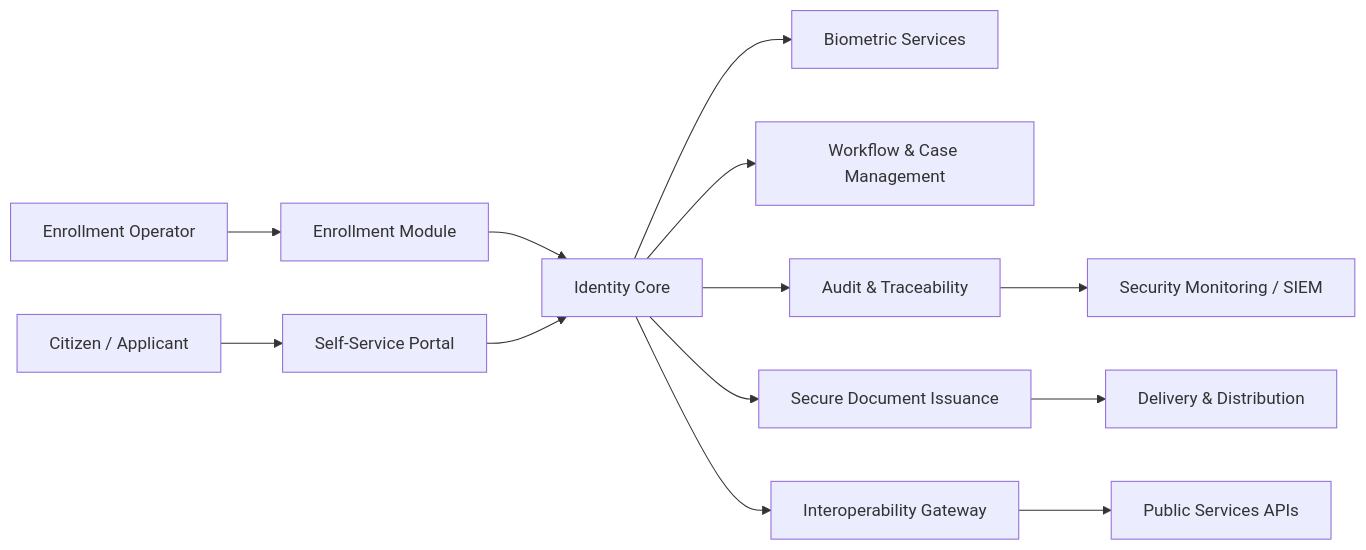
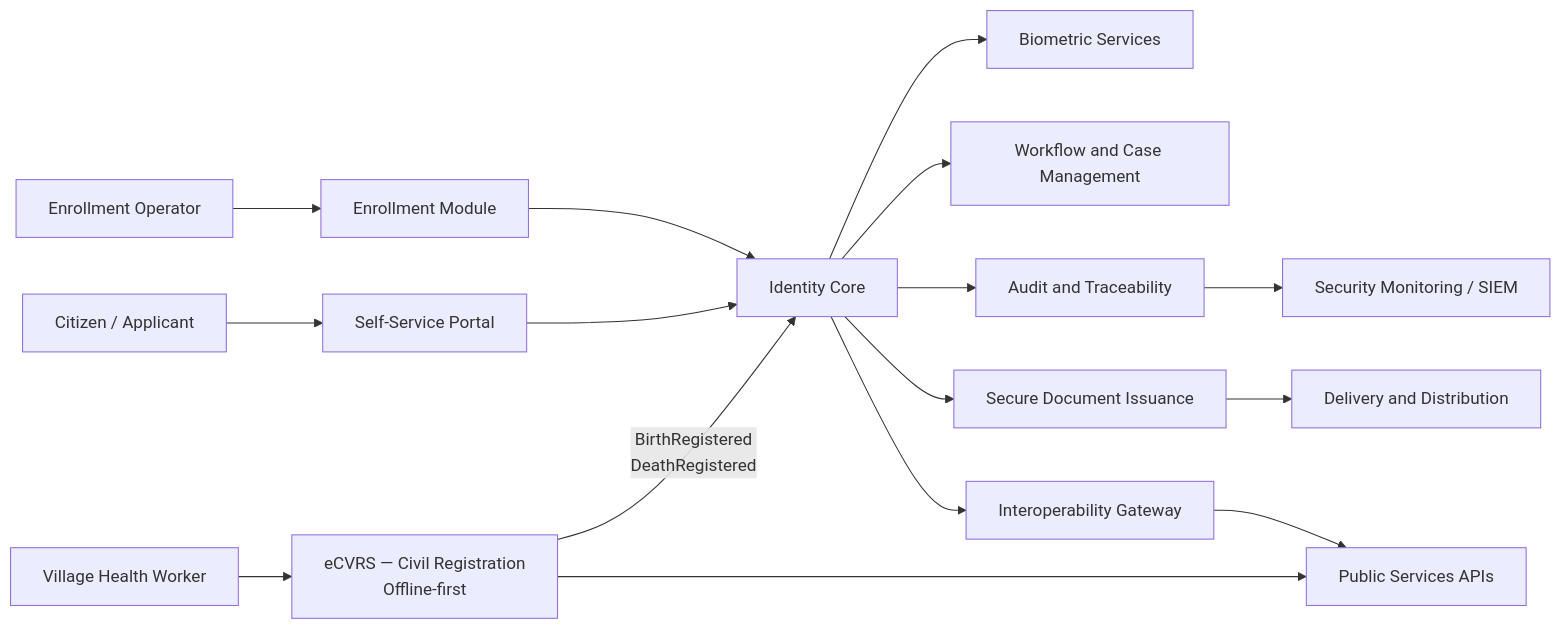
One commit to Mouad2589/digital-identity-architecture-blueprint changed the diagram in README.md. Above: the diagram before and after it, drawn with Mermaid. The commit also changed other lines of this file and 9 other files, not shown here.

First line of the commit message:
Adds eCVRS and offline-first civil registration documentation

````diff
--- a/README.md
+++ b/README.md
@@ -29,16 +29,20 @@
 ```mermaid
 flowchart LR
     Citizen[Citizen / Applicant] --> Portal[Self-Service Portal]
     Operator[Enrollment Operator] --> Enrollment[Enrollment Module]
+    VHW[Village Health Worker] --> eCVRS[eCVRS — Civil Registration\nOffline-first]
+
     Enrollment --> IdentityCore[Identity Core]
     Portal --> IdentityCore
+    eCVRS -->|BirthRegistered\nDeathRegistered| IdentityCore
+
     IdentityCore --> Biometrics[Biometric Services]
-    IdentityCore --> Workflow[Workflow & Case Management]
-    IdentityCore --> Audit[Audit & Traceability]
+    IdentityCore --> Workflow[Workflow and Case Management]
+    IdentityCore --> Audit[Audit and Traceability]
     IdentityCore --> Documents[Secure Document Issuance]
-    Documents --> Delivery[Delivery & Distribution]
+    Documents --> Delivery[Delivery and Distribution]
     IdentityCore --> Interop[Interoperability Gateway]
     Interop --> GovServices[Public Services APIs]
     Audit --> SIEM[Security Monitoring / SIEM]
-
+    eCVRS --> GovServices
 ```
````
